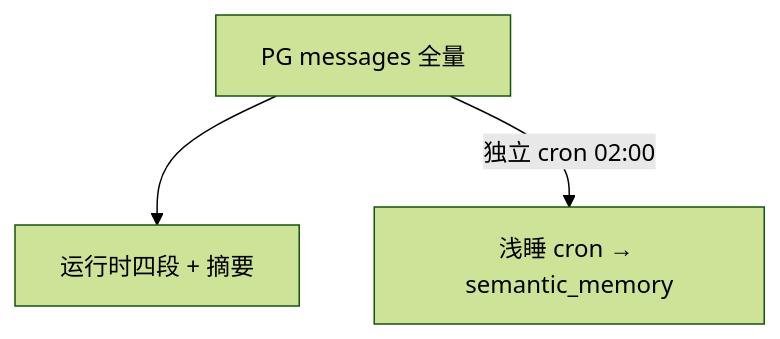
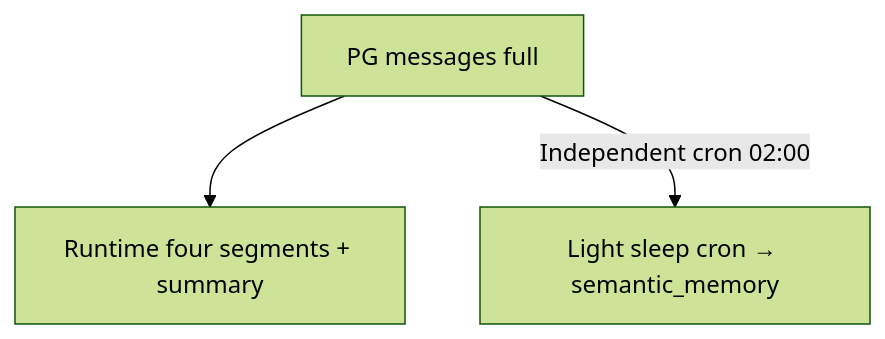
The tenth of 10 diagrams in docs/compression.md (freeanima-org/freeanima), drawn with Mermaid (forest theme) before and after one commit. The commit also changed other lines of this file and 114 other files, not shown here.

````diff
--- a/docs/compression.md
+++ b/docs/compression.md
@@ -390,8 +390,8 @@
 ```mermaid
 flowchart TB
-  PG["PG messages 全量"]
-  RT["运行时四段 + 摘要"]
-  Sleep["浅睡 cron → semantic_memory"]
+  PG["PG messages full"]
+  RT["Runtime four segments + summary"]
+  Sleep["Light sleep cron → semantic_memory"]
   PG --> RT
-  PG -->|"独立 cron 02:00"| Sleep
+  PG -->|"Independent cron 02:00"| Sleep
 ```
````
